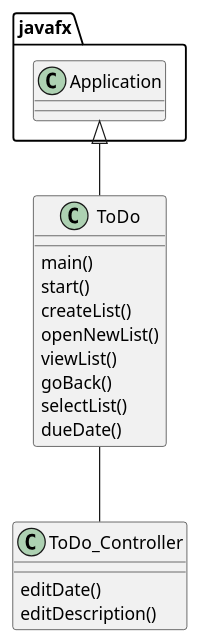
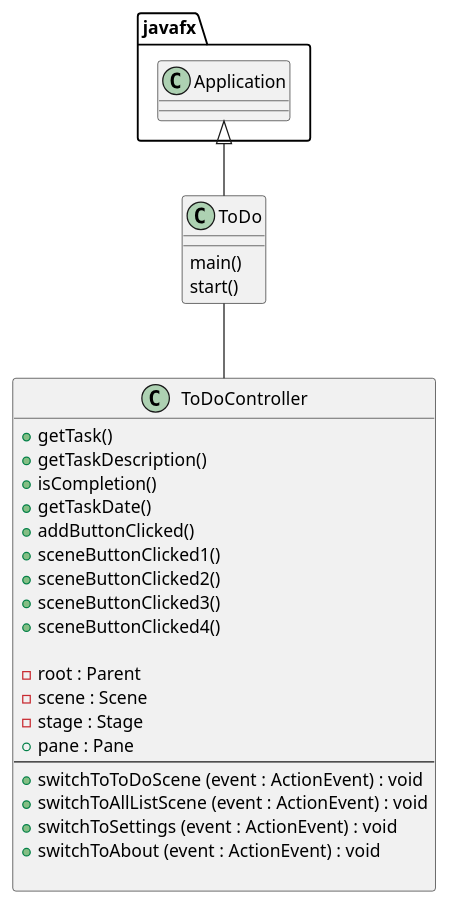
One commit to polvnco/polanco-cop3330-assignment4part2 changed the diagram in uml/ClassDiagram_ToDo.puml. Above: the diagram before and after it, drawn with PlantUML. The commit also changed 10 other files, not shown here.

```diff
--- a/uml/ClassDiagram_ToDo.puml
+++ b/uml/ClassDiagram_ToDo.puml
@@ -1,25 +1,35 @@
 @startuml
 'https://plantuml.com/class-diagram
 
 class ToDo{
     main()
     start()
-    createList()
-    openNewList()
-    viewList()
-    goBack()
-    selectList()
-    dueDate()
 }
 
-class ToDo_Controller{
-    editDate()
-    editDescription()
+class ToDoController{
+    + getTask()
+    + getTaskDescription()
+    + isCompletion()
+    + getTaskDate()
+    + addButtonClicked()
+    + sceneButtonClicked1()
+    + sceneButtonClicked2()
+    + sceneButtonClicked3()
+    + sceneButtonClicked4()
 
+    - root : Parent
+    - scene : Scene
+    - stage : Stage
+    + pane : Pane
+    --
+    + switchToToDoScene (event : ActionEvent) : void
+    + switchToAllListScene (event : ActionEvent) : void
+    + switchToSettings (event : ActionEvent) : void
+    + switchToAbout (event : ActionEvent) : void
 
 }
 
 javafx.Application <|-- ToDo
 
-ToDo -- ToDo_Controller
+ToDo -- ToDoController
 @enduml
```
